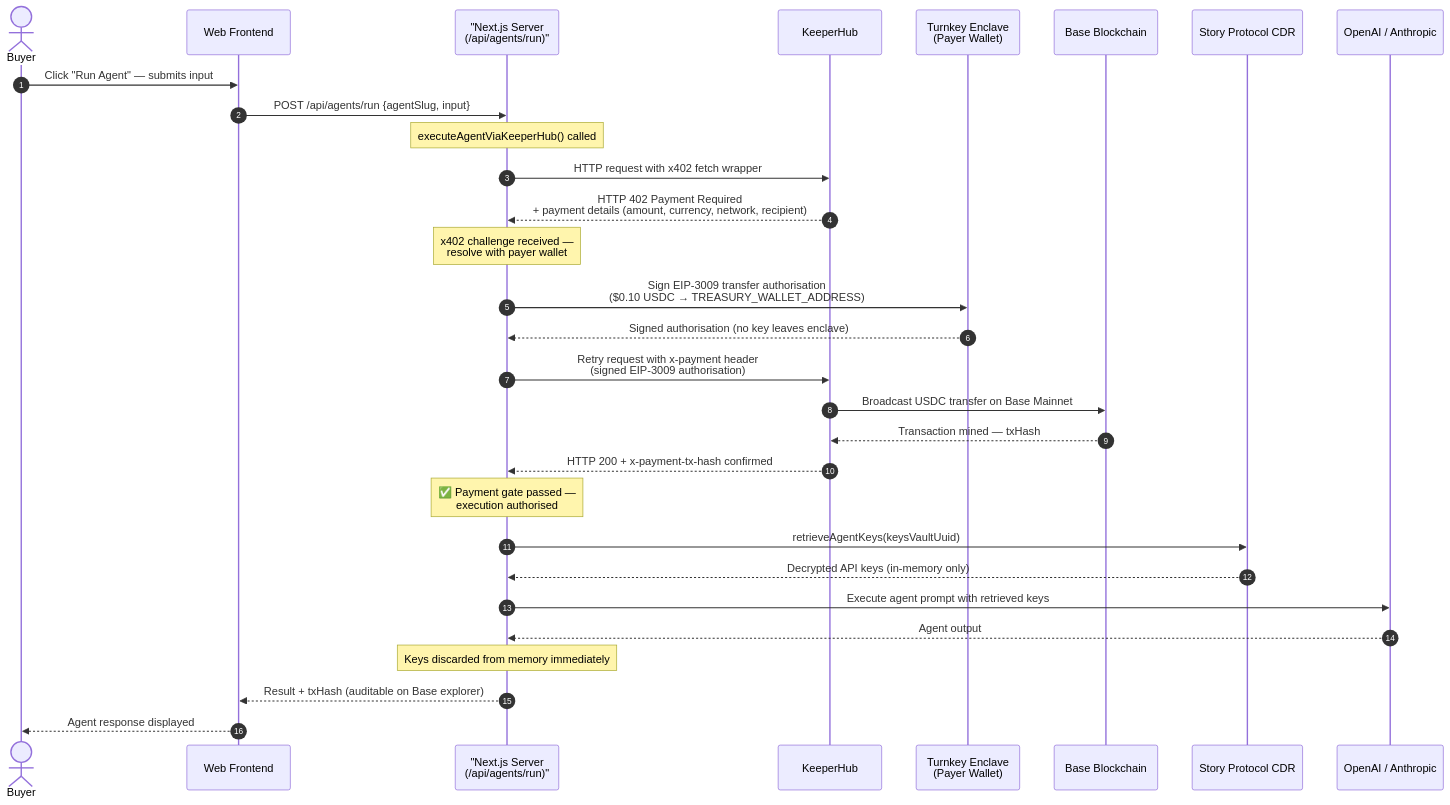
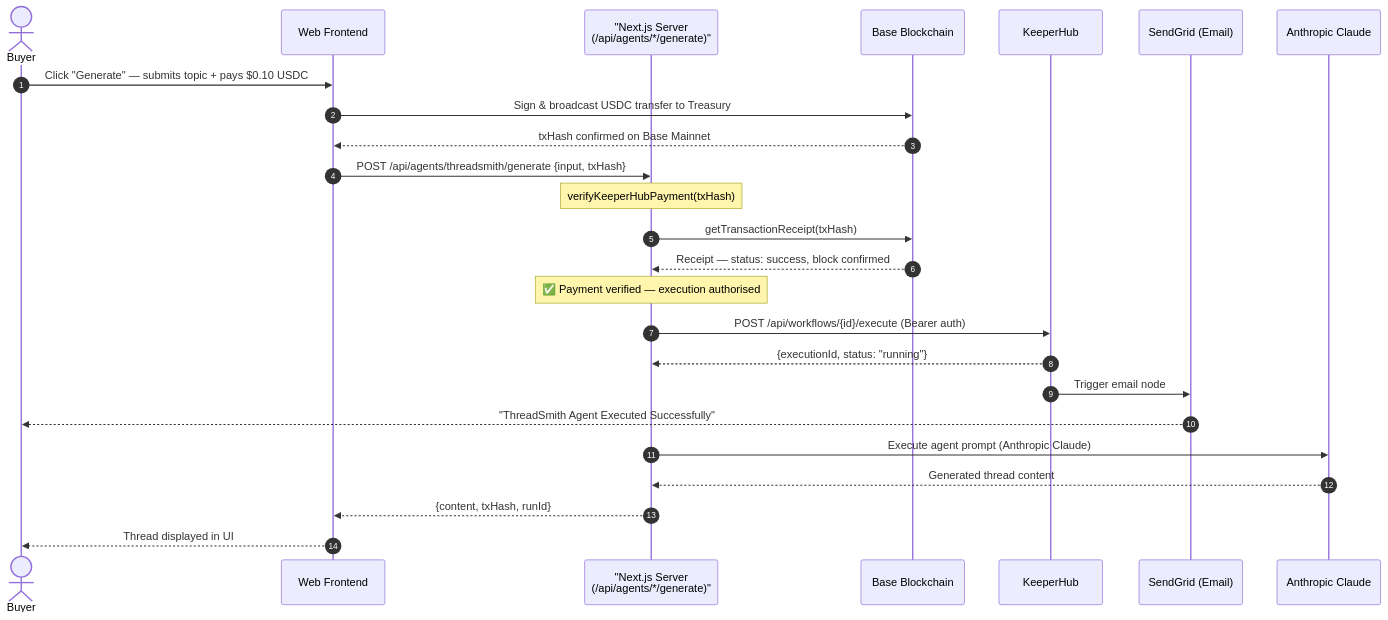
The second of 3 diagrams in README.md (Ultraviolet01/AgentBZ), drawn with Mermaid before and after one commit. The commit also changed other lines of this file, not shown here.

First line of the commit message:
docs: update README to reflect production KeeperHub architecture

````diff
--- a/README.md
+++ b/README.md
@@ -93,41 +93,33 @@
 ```mermaid
 sequenceDiagram
     autonumber
     actor Buyer as Buyer
     participant App as Web Frontend
-    participant Server as "Next.js Server<br/>(/api/agents/run)"
+    participant Server as "Next.js Server<br/>(/api/agents/*/generate)"
+    participant Base as Base Blockchain
     participant KH as KeeperHub
-    participant Turnkey as Turnkey Enclave<br/>(Payer Wallet)
-    participant Base as Base Blockchain
-    participant CDR as Story Protocol CDR
-    participant LLM as OpenAI / Anthropic
+    participant SendGrid as SendGrid (Email)
+    participant LLM as Anthropic Claude
 
-    Buyer->>App: Click "Run Agent" — submits input
-    App->>Server: POST /api/agents/run {agentSlug, input}
+    Buyer->>App: Click "Generate" — submits topic + pays $0.10 USDC
+    App->>Base: Sign & broadcast USDC transfer to Treasury
+    Base-->>App: txHash confirmed on Base Mainnet
+    App->>Server: POST /api/agents/threadsmith/generate {input, txHash}
 
-    Note over Server: executeAgentViaKeeperHub() called
-    Server->>KH: HTTP request with x402 fetch wrapper
+    Note over Server: verifyKeeperHubPayment(txHash)
+    Server->>Base: getTransactionReceipt(txHash)
+    Base-->>Server: Receipt — status: success, block confirmed
 
-    KH-->>Server: HTTP 402 Payment Required<br/>+ payment details (amount, currency, network, recipient)
-    Note over Server: x402 challenge received —<br/>resolve with payer wallet
+    Note over Server: ✅ Payment verified — execution authorised
 
-    Server->>Turnkey: Sign EIP-3009 transfer authorisation<br/>($0.10 USDC → TREASURY_WALLET_ADDRESS)
-    Turnkey-->>Server: Signed authorisation (no key leaves enclave)
+    Server->>KH: POST /api/workflows/{id}/execute (Bearer auth)
+    KH-->>Server: {executionId, status: "running"}
+    KH->>SendGrid: Trigger email node
+    SendGrid-->>Buyer: "ThreadSmith Agent Executed Successfully"
 
-    Server->>KH: Retry request with x-payment header<br/>(signed EIP-3009 authorisation)
-    KH->>Base: Broadcast USDC transfer on Base Mainnet
-    Base-->>KH: Transaction mined — txHash
-    KH-->>Server: HTTP 200 + x-payment-tx-hash confirmed
+    Server->>LLM: Execute agent prompt (Anthropic Claude)
+    LLM-->>Server: Generated thread content
 
-    Note over Server: ✅ Payment gate passed —<br/>execution authorised
-
-    Server->>CDR: retrieveAgentKeys(keysVaultUuid)
-    CDR-->>Server: Decrypted API keys (in-memory only)
-
-    Server->>LLM: Execute agent prompt with retrieved keys
-    LLM-->>Server: Agent output
-
-    Note over Server: Keys discarded from memory immediately
-    Server-->>App: Result + txHash (auditable on Base explorer)
-    App-->>Buyer: Agent response displayed
+    Server-->>App: {content, txHash, runId}
+    App-->>Buyer: Thread displayed in UI
 ```
````
